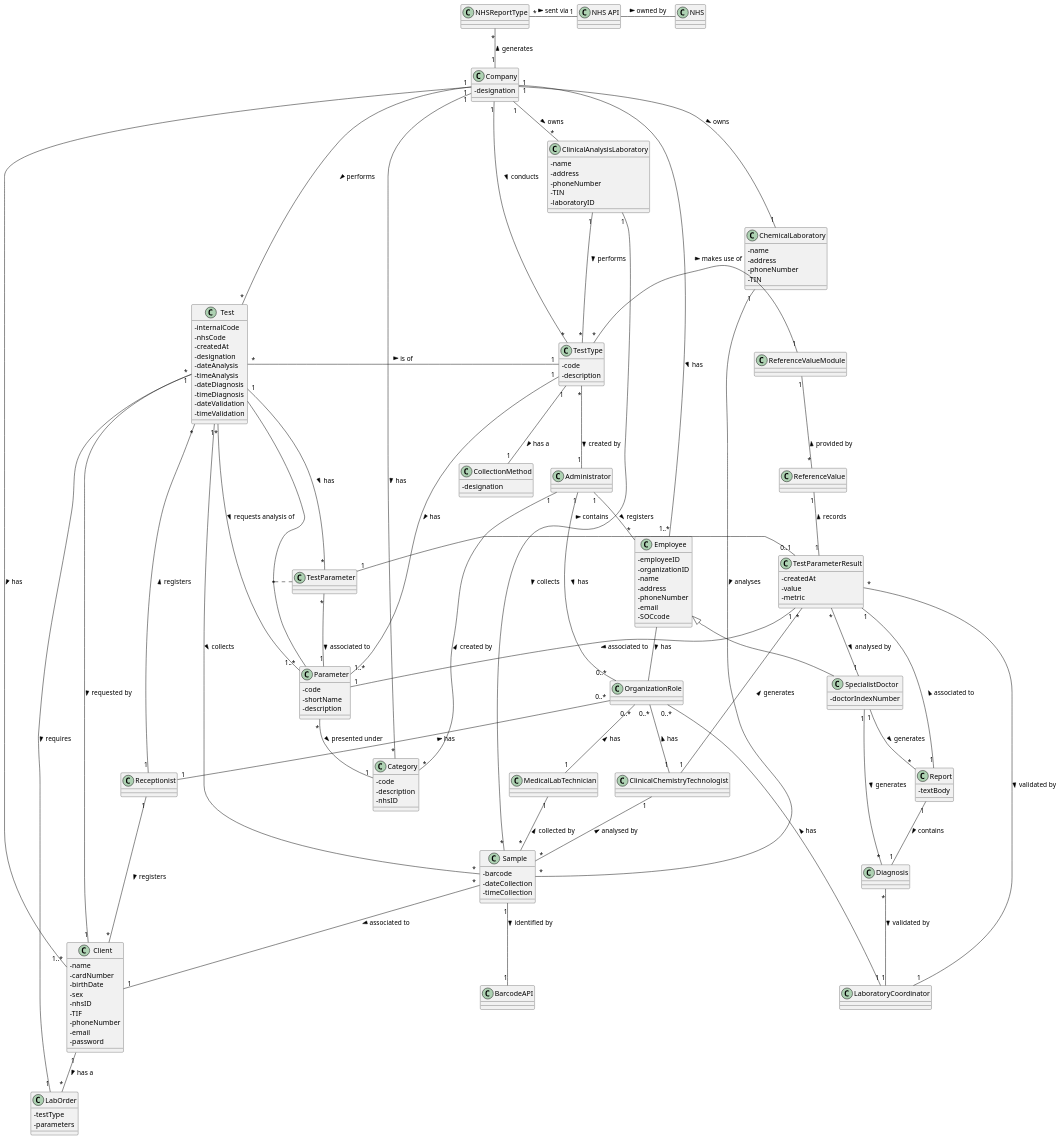
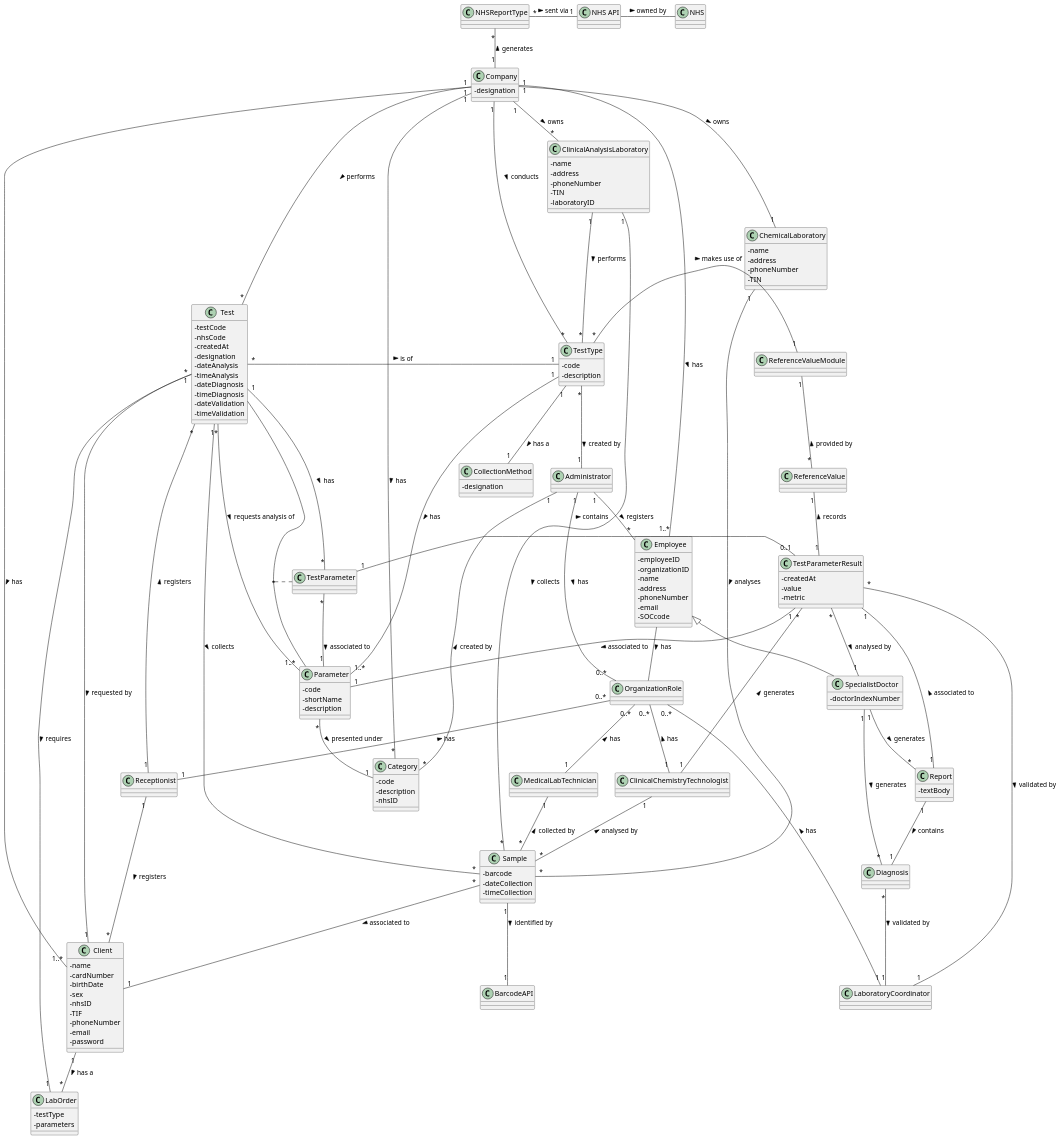
One commit to MadDinosaur/ISEP-LAPR2 changed the diagram in docs/SprintC/DM.puml. Above: the diagram before and after it, drawn with PlantUML. The commit also changed 8 other files, not shown here.

```diff
--- a/docs/SprintC/DM.puml
+++ b/docs/SprintC/DM.puml
@@ -1,155 +1,155 @@
 @startuml
 skinparam classAttributeIconSize 0
 
 class Administrator
 class Category {
 -code
 -description
 -nhsID
 }
 class ClinicalChemistryTechnologist
 class ChemicalLaboratory {
 -name
 -address
 -phoneNumber
 -TIN
 }
 class CollectionMethod {
 -designation
 }
 class Client {
 -name
 -cardNumber
 -birthDate
 -sex
 -nhsID
 -TIF
 -phoneNumber
 -email
 -password
 }
 class ClinicalAnalysisLaboratory {
 -name
 -address
 -phoneNumber
 -TIN
 -laboratoryID
 }
 class Company {
 -designation
 }
 class Diagnosis
 class Employee {
 -employeeID
 -organizationID
 -name
 -address
 -phoneNumber
 -email
 -SOCcode
 }
 class LabOrder {
 -testType
 -parameters
 }
 class LaboratoryCoordinator
 class MedicalLabTechnician
 class NHS
 class OrganizationRole
 class Parameter {
 -code
 -shortName
 -description
 }
 class Receptionist
 class ReferenceValueModule
 class Report {
 -textBody
 }
 class Sample {
 -barcode
 -dateCollection
 -timeCollection
 }
 class SpecialistDoctor {
 -doctorIndexNumber
 }
 class Test {
--internalCode
+-testCode
 -nhsCode
 -createdAt
 -designation
 -dateAnalysis
 -timeAnalysis
 -dateDiagnosis
 -timeDiagnosis
 -dateValidation
 -timeValidation
 }
 class TestType {
 -code
 -description
 }
 class TestParameterResult {
 -createdAt
 -value
 -metric
 }
 
 
 
 "NHS API" "1"-left-"*" NHSReportType : sent via <
 (Test, Parameter) .. TestParameter
 Administrator "1"--"*" Category : created by <
 Administrator "1"--"*" Employee : registers >
 ChemicalLaboratory "1"--"*" Sample : analyses >
 Client "1"--"*" LabOrder : has a >
 ClinicalAnalysisLaboratory "1"--"*" Sample : collects >
 ClinicalAnalysisLaboratory "1"--"*" TestType : performs >
 ClinicalChemistryTechnologist "1"--"*" Sample : analysed by <
 Company "1"--"1..*" Client : has >
 Company "1"--"1..*" Employee : has >
 Company "1"-down-"*" Category : has >
 Company "1"-down-"*" ClinicalAnalysisLaboratory : owns >
 Company "1"-down-"*" TestType : conducts >
 Company "1"-down-"1" ChemicalLaboratory : owns >
 Diagnosis "*"--"1" LaboratoryCoordinator : validated by >
 Diagnosis "*"--"1" SpecialistDoctor : generates <
 Employee -- OrganizationRole : has >
 Employee <|-- SpecialistDoctor
 MedicalLabTechnician "1"--"*" Sample : collected by <
 "NHS API" -right- NHS : owned by >
 NHSReportType "*"--"1" Company : generates <
 OrganizationRole "0..*"--"1" Administrator : has <
 OrganizationRole "0..*"--"1" ClinicalChemistryTechnologist : has <
 OrganizationRole "0..*"--"1" LaboratoryCoordinator : has <
 OrganizationRole "0..*"--"1" MedicalLabTechnician : has <
 OrganizationRole "0..*"--"1" Receptionist : has <
 Parameter "*"--"1" Category : presented under >
 Receptionist "1"--"*" Client : registers >
 Receptionist "1"--"*" Test : registers >
 ReferenceValue "*"-up-"1" ReferenceValueModule : provided by >
 Report "1"--"1" Diagnosis : contains >
 Report "1"--"1" TestParameterResult : associated to >
 Sample "*"--"1" Client : associated to >
 Sample "1"--"1" BarcodeAPI : identified by >
 SpecialistDoctor "1"--"*" Report : generates >
 Test "*"--"1" Client : requested by >
 Test "*"--"1..*" Parameter : requests analysis of >
 Test "*"-right-"1" "TestType" : is of >
 Test "*"-up-"1" Company : performs <
 Test "1"--"*" Sample : collects >
 Test "1"--"1" LabOrder : requires >
 TestParameter "*"--"1" Parameter : associated to >
 TestParameter "*"--"1" Test : has <
 TestParameter "1"-right- "0..1" TestParameterResult : contains >
 TestParameterResult "*"-right-"1" ClinicalChemistryTechnologist : generates <
 TestParameterResult "1"--"1" Parameter : associated to >
 TestParameterResult "1"-up-"1" ReferenceValue : records >
 TestParameterResult "*"--"1" LaboratoryCoordinator : validated by >
 TestParameterResult "*"--"1" SpecialistDoctor : analysed by >
 TestType "*"--"1" Administrator : created by >
 TestType "*"-right-"1" ReferenceValueModule : makes use of >
 TestType "1"--"1" CollectionMethod : has a  >
 TestType "1"--"1..*" Parameter : has >
 @enduml
```
